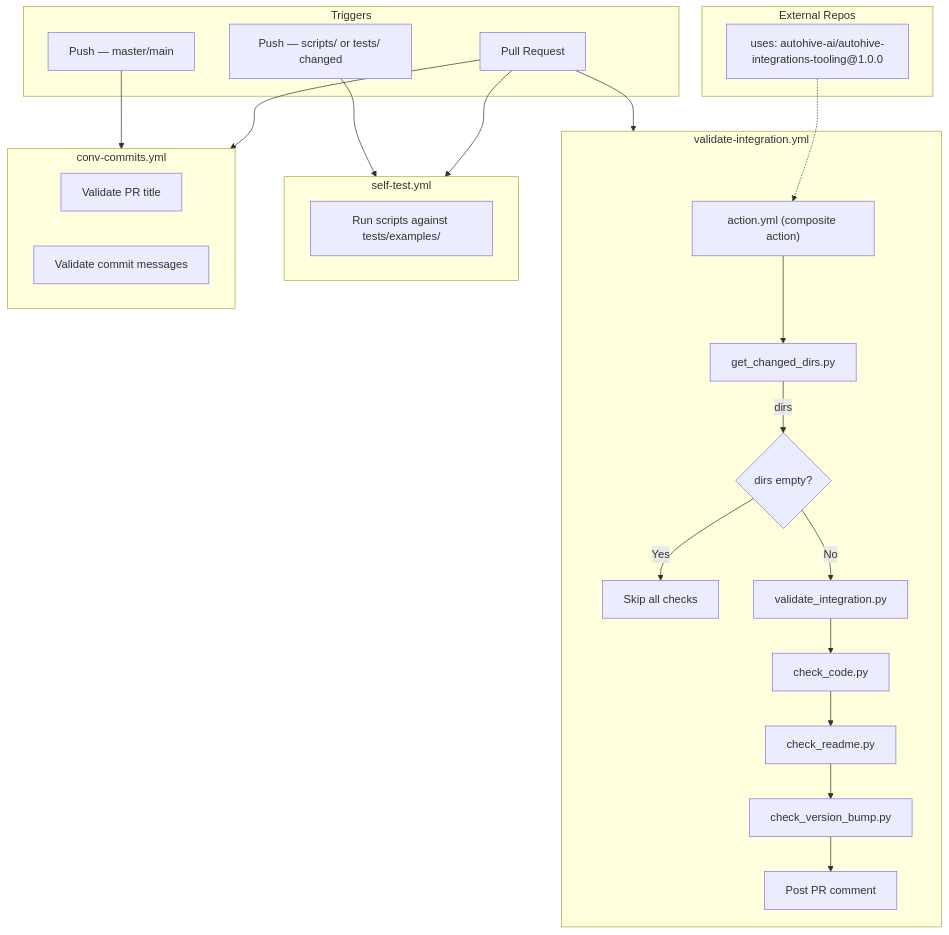
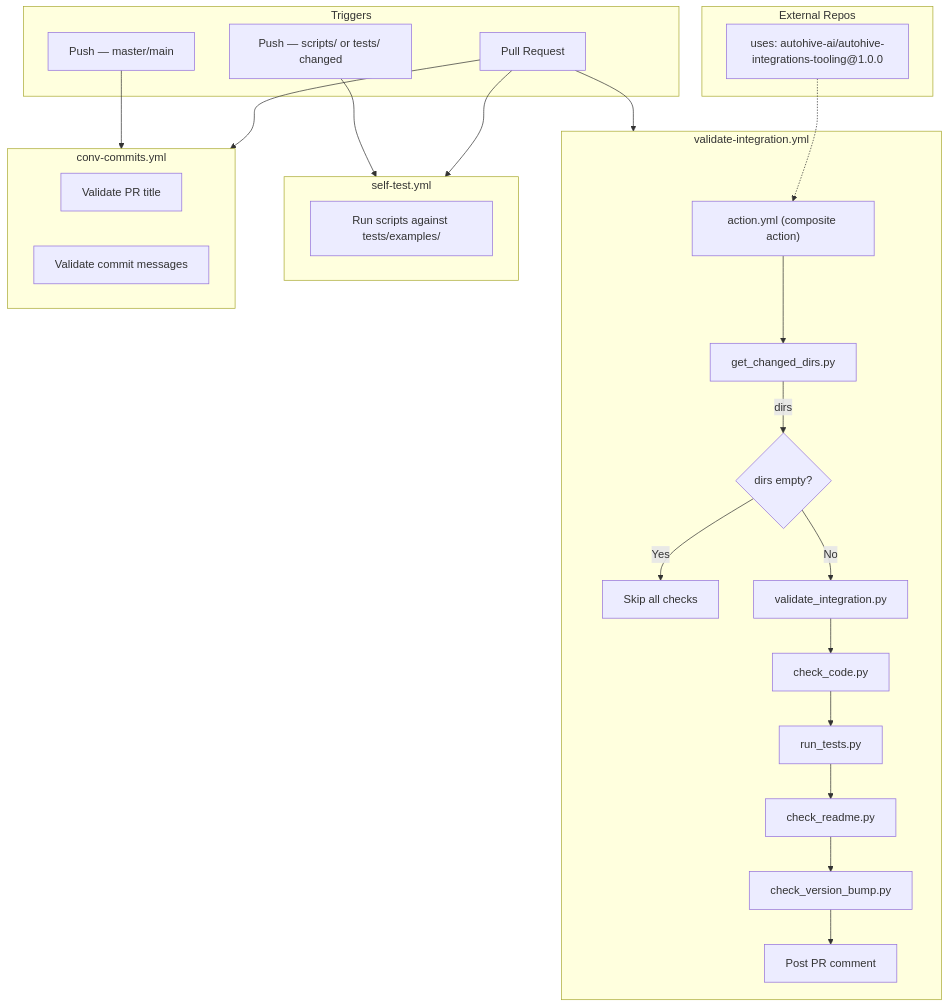
The diagram in README.md (Autohive-AI/autohive-integrations-tooling), drawn with Mermaid before and after one commit. The commit also changed other lines of this file and 3 other files, not shown here.

````diff
--- a/README.md
+++ b/README.md
@@ -33,40 +34,41 @@
 ```mermaid
 flowchart TB
     subgraph triggers["Triggers"]
         PR["Pull Request"]
         PUSH_SCRIPTS["Push — scripts/ or tests/ changed"]
         PUSH_MAIN["Push — master/main"]
     end
 
     subgraph wf1["validate-integration.yml"]
         ACTION["action.yml (composite action)"]
         ACTION --> GCD[get_changed_dirs.py]
         GCD -->|dirs| COND{dirs empty?}
         COND -->|Yes| SKIP[Skip all checks]
         COND -->|No| VI[validate_integration.py]
         VI --> CC[check_code.py]
-        CC --> CR[check_readme.py]
+        CC --> RT[run_tests.py]
+        RT --> CR[check_readme.py]
         CR --> VB[check_version_bump.py]
         VB --> CMT_POST[Post PR comment]
     end
 
     subgraph wf2["self-test.yml"]
         ST[Run scripts against tests/examples/]
     end
 
     subgraph wf3["conv-commits.yml"]
         PRT[Validate PR title]
         CMT[Validate commit messages]
     end
 
     subgraph external["External Repos"]
         EXT["uses: autohive-ai/autohive-integrations-tooling@1.0.0"]
     end
 
     PR --> wf1
     PR --> wf2
     PR --> wf3
     PUSH_SCRIPTS --> wf2
     PUSH_MAIN --> wf3
     EXT -.-> ACTION
 ```
````
